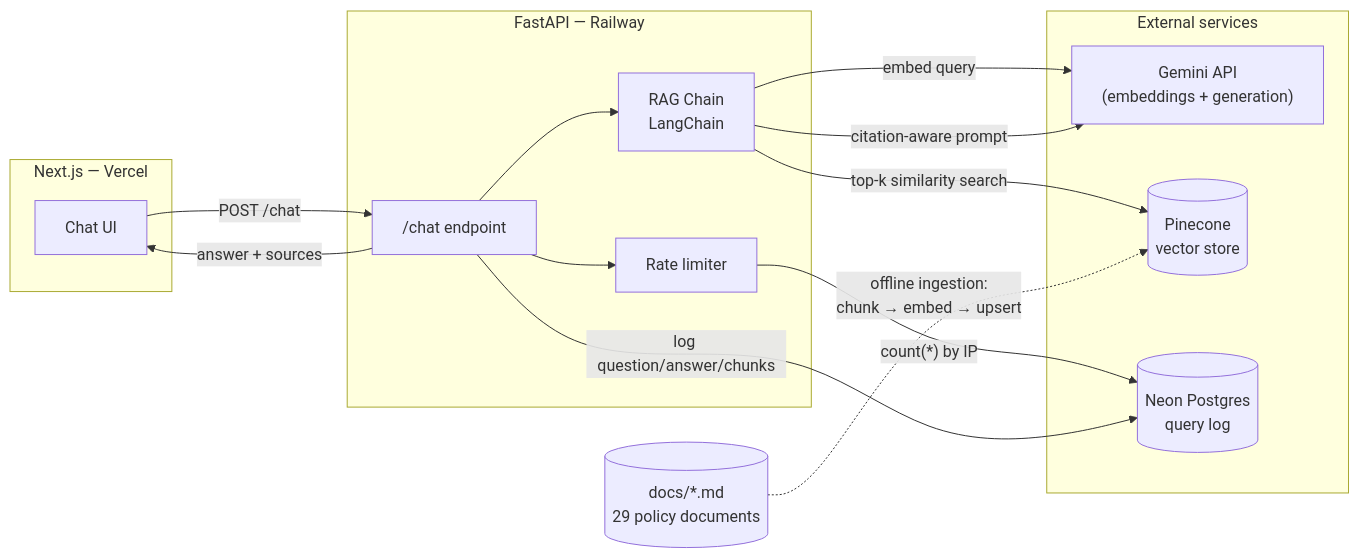
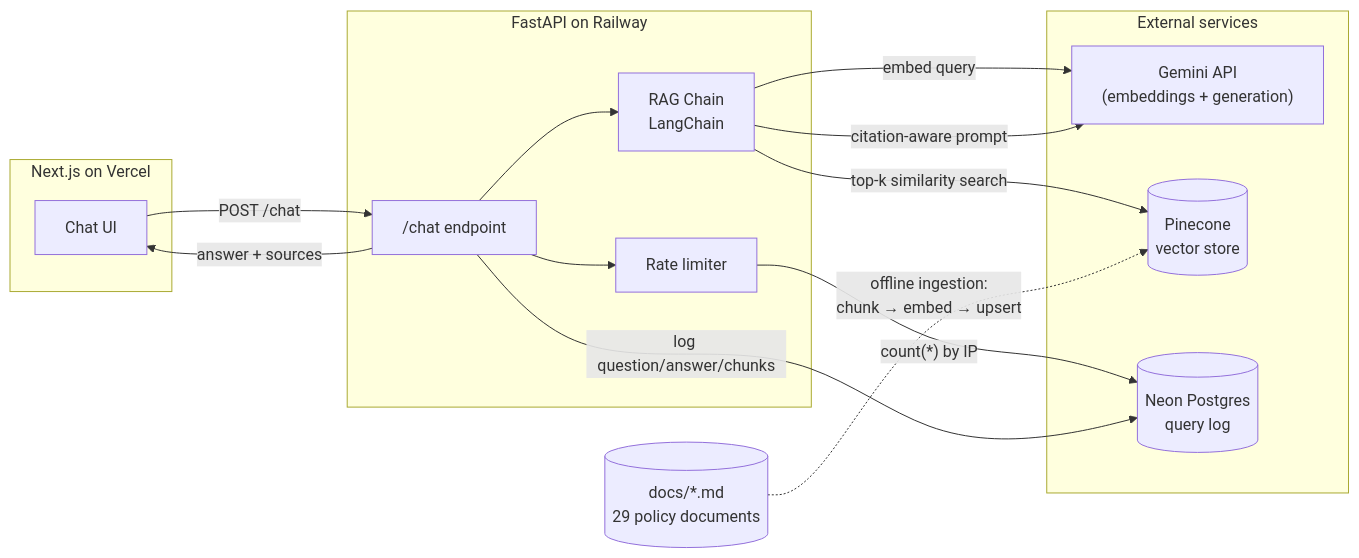
Before and after one commit to TheOneAndOnlyNjabulo/baobab-freight: the diagram in README.md, drawn with Mermaid. The commit also changed other lines of this file, not shown here.

````diff
--- a/README.md
+++ b/README.md
@@ -24,30 +24,30 @@
 ```mermaid
 flowchart LR
-    subgraph Frontend["Next.js — Vercel"]
+    subgraph Frontend["Next.js on Vercel"]
         UI[Chat UI]
     end
 
-    subgraph Backend["FastAPI — Railway"]
+    subgraph Backend["FastAPI on Railway"]
         API["/chat endpoint"]
         RAG[RAG Chain<br/>LangChain]
         RateLimit[Rate limiter]
     end
 
     subgraph External["External services"]
         Gemini["Gemini API<br/>(embeddings + generation)"]
         Pinecone[(Pinecone<br/>vector store)]
         Neon[(Neon Postgres<br/>query log)]
     end
 
     UI -- "POST /chat" --> API
     API --> RateLimit
     RateLimit -- "count(*) by IP" --> Neon
     API --> RAG
     RAG -- "embed query" --> Gemini
     RAG -- "top-k similarity search" --> Pinecone
     RAG -- "citation-aware prompt" --> Gemini
     API -- "log question/answer/chunks" --> Neon
     API -- "answer + sources" --> UI
 
     Docs[("docs/*.md<br/>29 policy documents")] -. "offline ingestion:<br/>chunk → embed → upsert" .-> Pinecone
 ```
````
